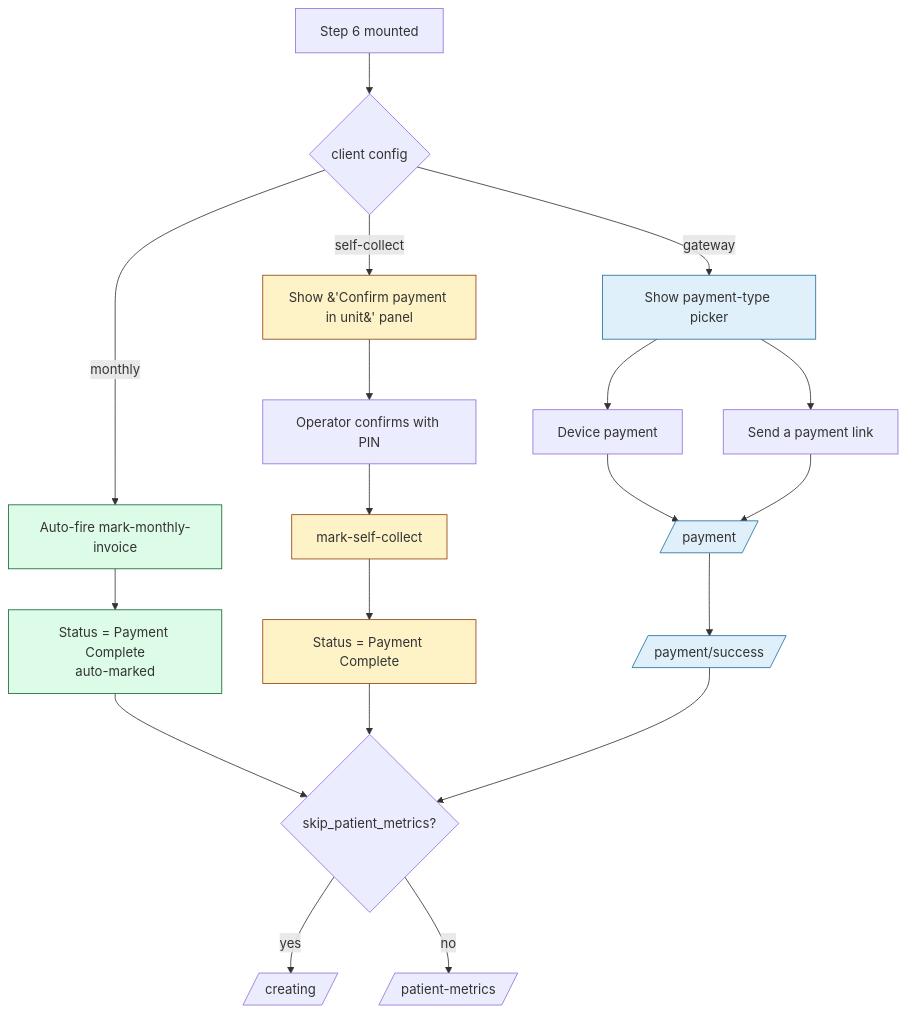
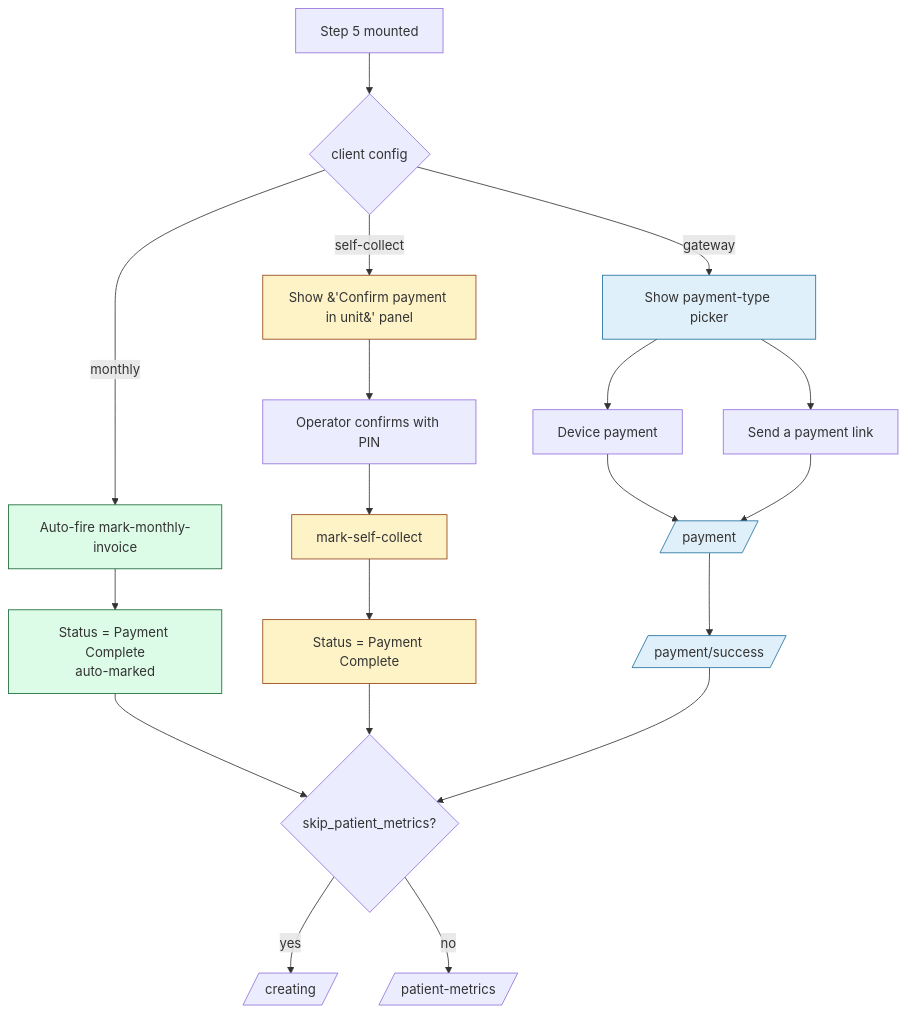
Before and after one commit to LuckyDaWizard/3rd-Party-Booking-System: the third of 6 diagrams in booking-app/content/reports/booking-flow.mdx, drawn with Mermaid. The commit also changed other lines of this file and 20 other files, not shown here.

````diff
--- a/booking-app/content/reports/booking-flow.mdx
+++ b/booking-app/content/reports/booking-flow.mdx
@@ -286,31 +253,31 @@
 ```mermaid
 flowchart TD
-    A[Step 6 mounted] --> B{client config}
+    A[Step 5 mounted] --> B{client config}
     B -->|gateway| C[Show payment-type picker]
     B -->|self-collect| D["Show &#39;Confirm payment in unit&#39; panel"]
     B -->|monthly| E[Auto-fire mark-monthly-invoice]
 
     C --> C1[Device payment]
     C --> C2[Send a payment link]
     C1 --> F[/payment/]
     C2 --> F
     F --> G[/payment/success/]
 
     D --> D1[Operator confirms with PIN]
     D1 --> H[mark-self-collect]
     H --> I[Status = Payment Complete]
 
     E --> J[Status = Payment Complete<br/>auto-marked]
     J --> K{skip_patient_metrics?}
     I --> K
     G --> K
     K -->|yes| L[/creating/]
     K -->|no| M[/patient-metrics/]
 
     classDef brand fill:#e0f0fa,stroke:#1f6f9d;
     classDef ok fill:#dcfce7,stroke:#166534;
     classDef warn fill:#fef3c7,stroke:#92400e;
     class C,F,G brand;
     class D,H,I warn;
     class E,J ok;
 ```
````
